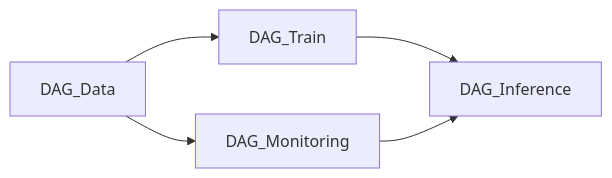
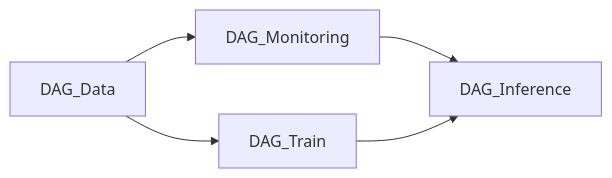
Before and after one commit to kanevvv/gorani: the diagram in README.md, drawn with Mermaid. The commit also changed other lines of this file, not shown here.

````diff
--- a/README.md
+++ b/README.md
@@ -9,7 +11,11 @@
 ```mermaid
 graph LR;
-    DAG_Data --> DAG_Train;
-    DAG_Data --> DAG_Monitoring;  
+    DAG_Data[DAG_Data] --> DAG_Train;
+    DAG_Data --> DAG_Monitoring;
+    DAG_Monitoring --> DAG_Inference;
     DAG_Train --> DAG_Inference
-    DAG_Monitoring --> DAG_Inference;
+
+
+%%style DAG_Data fill:#f9f,stroke:#333,stroke-width:2px
+%%style DAG_Data fill:#bbf,stroke:#f00,stroke-width:3px,color:#fff
 ```
````
